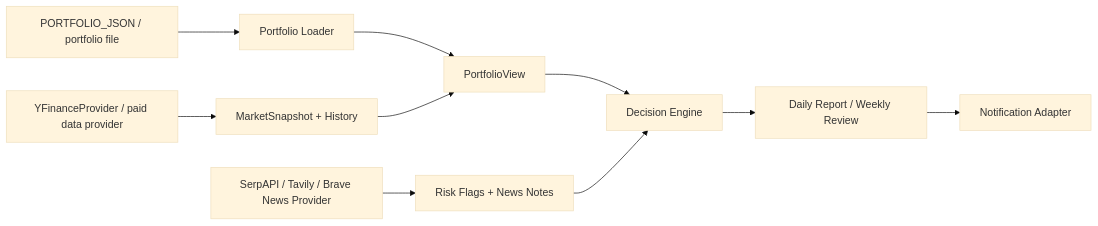
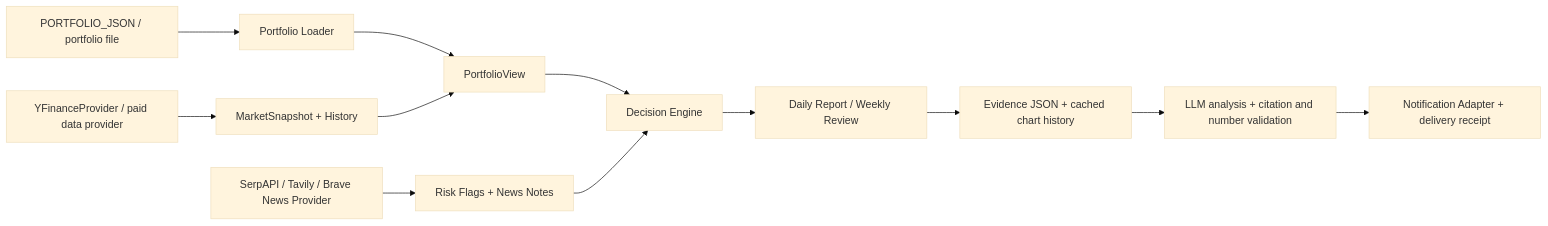
One commit to TRUSOGEN/Stock-EGON changed the second of 2 diagrams in docs/principle.md. Above: the diagram before and after it, drawn with Mermaid (base theme). The commit also changed other lines of this file and 23 other files, not shown here.

Commit message:
Fix report delivery and validate market evidence before DeepSeek analysis

````diff
--- a/docs/principle.md
+++ b/docs/principle.md
@@ -26,12 +26,14 @@
 ```mermaid
 flowchart LR
     A["PORTFOLIO_JSON / portfolio file"] --> B["Portfolio Loader"]
     C["YFinanceProvider / paid data provider"] --> D["MarketSnapshot + History"]
     E["SerpAPI / Tavily / Brave News Provider"] --> F["Risk Flags + News Notes"]
     B --> G["PortfolioView"]
     D --> G
     G --> H["Decision Engine"]
     F --> H
     H --> I["Daily Report / Weekly Review"]
-    I --> J["Notification Adapter"]
+    I --> K["Evidence JSON + cached chart history"]
+    K --> L["LLM analysis + citation and number validation"]
+    L --> J["Notification Adapter + delivery receipt"]
 ```
````
